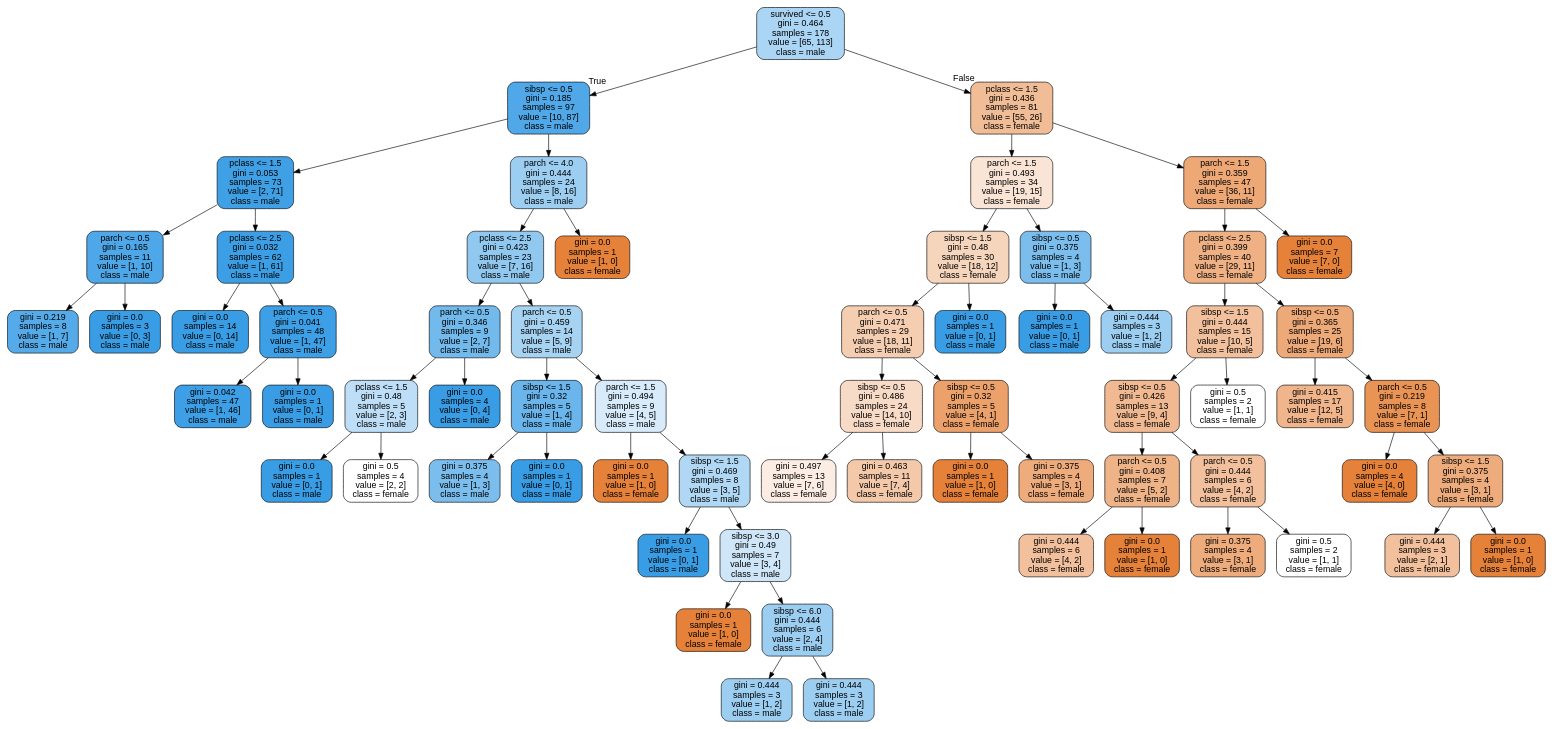
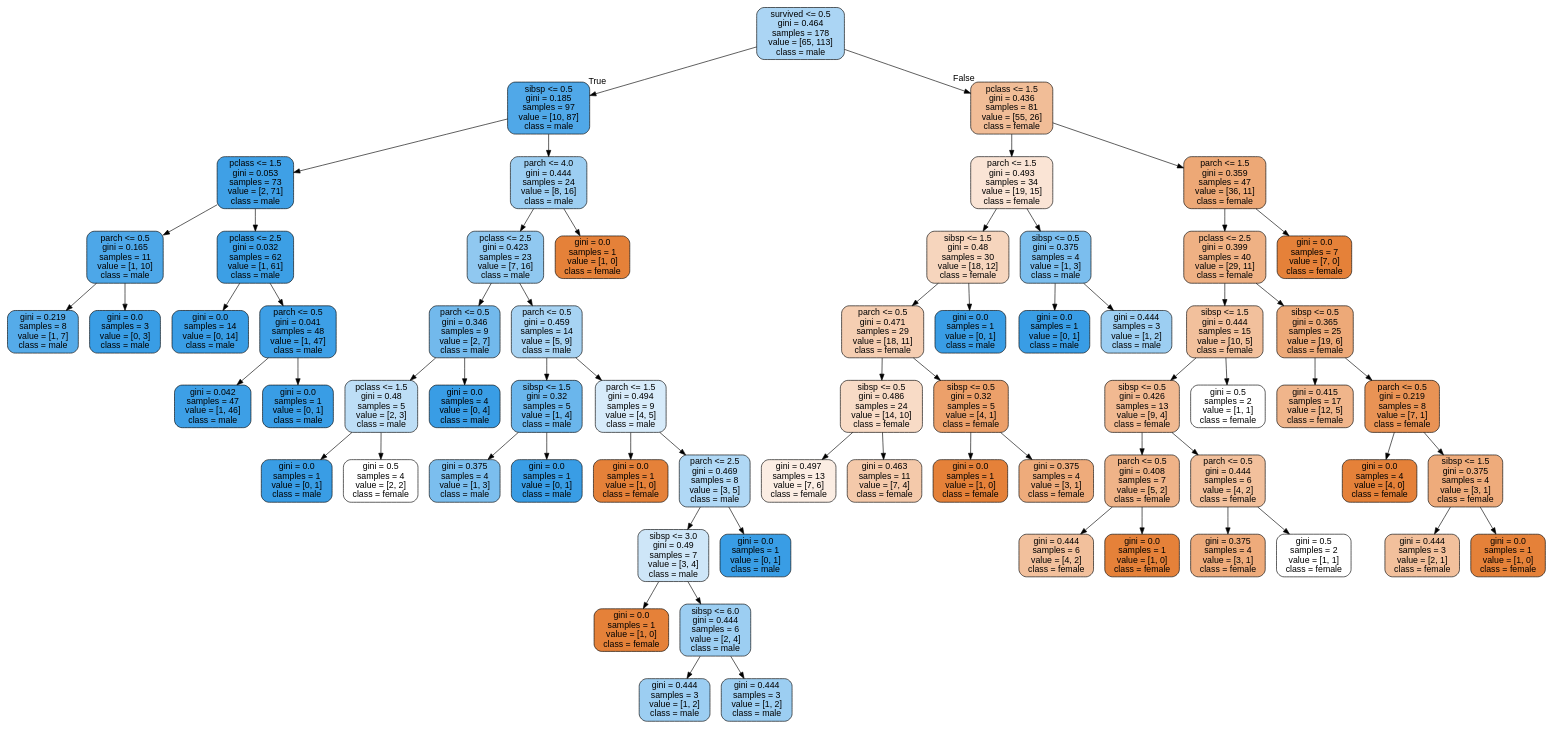
The diagram in ML again/decision_tree/titanic.dot (danishmeh/Datascience_learn_with_python), drawn with Graphviz before and after one commit. The commit also changed 5 other files, not shown here.

```diff
--- a/ML again/decision_tree/titanic.dot
+++ b/ML again/decision_tree/titanic.dot
@@ -1,133 +1,133 @@
 digraph Tree {
 node [shape=box, style="filled, rounded", color="black", fontname="helvetica"] ;
 edge [fontname="helvetica"] ;
 0 [label="survived <= 0.5\ngini = 0.464\nsamples = 178\nvalue = [65, 113]\nclass = male", fillcolor="#abd5f4"] ;
 1 [label="sibsp <= 0.5\ngini = 0.185\nsamples = 97\nvalue = [10, 87]\nclass = male", fillcolor="#50a8e8"] ;
 0 -> 1 [labeldistance=2.5, labelangle=45, headlabel="True"] ;
 2 [label="pclass <= 1.5\ngini = 0.053\nsamples = 73\nvalue = [2, 71]\nclass = male", fillcolor="#3fa0e6"] ;
 1 -> 2 ;
 3 [label="parch <= 0.5\ngini = 0.165\nsamples = 11\nvalue = [1, 10]\nclass = male", fillcolor="#4da7e8"] ;
 2 -> 3 ;
 4 [label="gini = 0.219\nsamples = 8\nvalue = [1, 7]\nclass = male", fillcolor="#55abe9"] ;
 3 -> 4 ;
 5 [label="gini = 0.0\nsamples = 3\nvalue = [0, 3]\nclass = male", fillcolor="#399de5"] ;
 3 -> 5 ;
 6 [label="pclass <= 2.5\ngini = 0.032\nsamples = 62\nvalue = [1, 61]\nclass = male", fillcolor="#3c9fe5"] ;
 2 -> 6 ;
 7 [label="gini = 0.0\nsamples = 14\nvalue = [0, 14]\nclass = male", fillcolor="#399de5"] ;
 6 -> 7 ;
 8 [label="parch <= 0.5\ngini = 0.041\nsamples = 48\nvalue = [1, 47]\nclass = male", fillcolor="#3d9fe6"] ;
 6 -> 8 ;
 9 [label="gini = 0.042\nsamples = 47\nvalue = [1, 46]\nclass = male", fillcolor="#3d9fe6"] ;
 8 -> 9 ;
 10 [label="gini = 0.0\nsamples = 1\nvalue = [0, 1]\nclass = male", fillcolor="#399de5"] ;
 8 -> 10 ;
 11 [label="parch <= 4.0\ngini = 0.444\nsamples = 24\nvalue = [8, 16]\nclass = male", fillcolor="#9ccef2"] ;
 1 -> 11 ;
 12 [label="pclass <= 2.5\ngini = 0.423\nsamples = 23\nvalue = [7, 16]\nclass = male", fillcolor="#90c8f0"] ;
 11 -> 12 ;
 13 [label="parch <= 0.5\ngini = 0.346\nsamples = 9\nvalue = [2, 7]\nclass = male", fillcolor="#72b9ec"] ;
 12 -> 13 ;
 14 [label="pclass <= 1.5\ngini = 0.48\nsamples = 5\nvalue = [2, 3]\nclass = male", fillcolor="#bddef6"] ;
 13 -> 14 ;
 15 [label="gini = 0.0\nsamples = 1\nvalue = [0, 1]\nclass = male", fillcolor="#399de5"] ;
 14 -> 15 ;
 16 [label="gini = 0.5\nsamples = 4\nvalue = [2, 2]\nclass = female", fillcolor="#ffffff"] ;
 14 -> 16 ;
 17 [label="gini = 0.0\nsamples = 4\nvalue = [0, 4]\nclass = male", fillcolor="#399de5"] ;
 13 -> 17 ;
 18 [label="parch <= 0.5\ngini = 0.459\nsamples = 14\nvalue = [5, 9]\nclass = male", fillcolor="#a7d3f3"] ;
 12 -> 18 ;
 19 [label="sibsp <= 1.5\ngini = 0.32\nsamples = 5\nvalue = [1, 4]\nclass = male", fillcolor="#6ab6ec"] ;
 18 -> 19 ;
 20 [label="gini = 0.375\nsamples = 4\nvalue = [1, 3]\nclass = male", fillcolor="#7bbeee"] ;
 19 -> 20 ;
 21 [label="gini = 0.0\nsamples = 1\nvalue = [0, 1]\nclass = male", fillcolor="#399de5"] ;
 19 -> 21 ;
 22 [label="parch <= 1.5\ngini = 0.494\nsamples = 9\nvalue = [4, 5]\nclass = male", fillcolor="#d7ebfa"] ;
 18 -> 22 ;
 23 [label="gini = 0.0\nsamples = 1\nvalue = [1, 0]\nclass = female", fillcolor="#e58139"] ;
 22 -> 23 ;
-24 [label="sibsp <= 1.5\ngini = 0.469\nsamples = 8\nvalue = [3, 5]\nclass = male", fillcolor="#b0d8f5"] ;
+24 [label="parch <= 2.5\ngini = 0.469\nsamples = 8\nvalue = [3, 5]\nclass = male", fillcolor="#b0d8f5"] ;
 22 -> 24 ;
-25 [label="gini = 0.0\nsamples = 1\nvalue = [0, 1]\nclass = male", fillcolor="#399de5"] ;
+25 [label="sibsp <= 3.0\ngini = 0.49\nsamples = 7\nvalue = [3, 4]\nclass = male", fillcolor="#cee6f8"] ;
 24 -> 25 ;
-26 [label="sibsp <= 3.0\ngini = 0.49\nsamples = 7\nvalue = [3, 4]\nclass = male", fillcolor="#cee6f8"] ;
-24 -> 26 ;
-27 [label="gini = 0.0\nsamples = 1\nvalue = [1, 0]\nclass = female", fillcolor="#e58139"] ;
-26 -> 27 ;
-28 [label="sibsp <= 6.0\ngini = 0.444\nsamples = 6\nvalue = [2, 4]\nclass = male", fillcolor="#9ccef2"] ;
-26 -> 28 ;
+26 [label="gini = 0.0\nsamples = 1\nvalue = [1, 0]\nclass = female", fillcolor="#e58139"] ;
+25 -> 26 ;
+27 [label="sibsp <= 6.0\ngini = 0.444\nsamples = 6\nvalue = [2, 4]\nclass = male", fillcolor="#9ccef2"] ;
+25 -> 27 ;
+28 [label="gini = 0.444\nsamples = 3\nvalue = [1, 2]\nclass = male", fillcolor="#9ccef2"] ;
+27 -> 28 ;
 29 [label="gini = 0.444\nsamples = 3\nvalue = [1, 2]\nclass = male", fillcolor="#9ccef2"] ;
-28 -> 29 ;
-30 [label="gini = 0.444\nsamples = 3\nvalue = [1, 2]\nclass = male", fillcolor="#9ccef2"] ;
-28 -> 30 ;
+27 -> 29 ;
+30 [label="gini = 0.0\nsamples = 1\nvalue = [0, 1]\nclass = male", fillcolor="#399de5"] ;
+24 -> 30 ;
 31 [label="gini = 0.0\nsamples = 1\nvalue = [1, 0]\nclass = female", fillcolor="#e58139"] ;
 11 -> 31 ;
 32 [label="pclass <= 1.5\ngini = 0.436\nsamples = 81\nvalue = [55, 26]\nclass = female", fillcolor="#f1bd97"] ;
 0 -> 32 [labeldistance=2.5, labelangle=-45, headlabel="False"] ;
 33 [label="parch <= 1.5\ngini = 0.493\nsamples = 34\nvalue = [19, 15]\nclass = female", fillcolor="#fae4d5"] ;
 32 -> 33 ;
 34 [label="sibsp <= 1.5\ngini = 0.48\nsamples = 30\nvalue = [18, 12]\nclass = female", fillcolor="#f6d5bd"] ;
 33 -> 34 ;
 35 [label="parch <= 0.5\ngini = 0.471\nsamples = 29\nvalue = [18, 11]\nclass = female", fillcolor="#f5ceb2"] ;
 34 -> 35 ;
 36 [label="sibsp <= 0.5\ngini = 0.486\nsamples = 24\nvalue = [14, 10]\nclass = female", fillcolor="#f8dbc6"] ;
 35 -> 36 ;
 37 [label="gini = 0.497\nsamples = 13\nvalue = [7, 6]\nclass = female", fillcolor="#fbede3"] ;
 36 -> 37 ;
 38 [label="gini = 0.463\nsamples = 11\nvalue = [7, 4]\nclass = female", fillcolor="#f4c9aa"] ;
 36 -> 38 ;
 39 [label="sibsp <= 0.5\ngini = 0.32\nsamples = 5\nvalue = [4, 1]\nclass = female", fillcolor="#eca06a"] ;
 35 -> 39 ;
 40 [label="gini = 0.0\nsamples = 1\nvalue = [1, 0]\nclass = female", fillcolor="#e58139"] ;
 39 -> 40 ;
 41 [label="gini = 0.375\nsamples = 4\nvalue = [3, 1]\nclass = female", fillcolor="#eeab7b"] ;
 39 -> 41 ;
 42 [label="gini = 0.0\nsamples = 1\nvalue = [0, 1]\nclass = male", fillcolor="#399de5"] ;
 34 -> 42 ;
 43 [label="sibsp <= 0.5\ngini = 0.375\nsamples = 4\nvalue = [1, 3]\nclass = male", fillcolor="#7bbeee"] ;
 33 -> 43 ;
 44 [label="gini = 0.0\nsamples = 1\nvalue = [0, 1]\nclass = male", fillcolor="#399de5"] ;
 43 -> 44 ;
 45 [label="gini = 0.444\nsamples = 3\nvalue = [1, 2]\nclass = male", fillcolor="#9ccef2"] ;
 43 -> 45 ;
 46 [label="parch <= 1.5\ngini = 0.359\nsamples = 47\nvalue = [36, 11]\nclass = female", fillcolor="#eda876"] ;
 32 -> 46 ;
 47 [label="pclass <= 2.5\ngini = 0.399\nsamples = 40\nvalue = [29, 11]\nclass = female", fillcolor="#efb184"] ;
 46 -> 47 ;
 48 [label="sibsp <= 1.5\ngini = 0.444\nsamples = 15\nvalue = [10, 5]\nclass = female", fillcolor="#f2c09c"] ;
 47 -> 48 ;
 49 [label="sibsp <= 0.5\ngini = 0.426\nsamples = 13\nvalue = [9, 4]\nclass = female", fillcolor="#f1b991"] ;
 48 -> 49 ;
 50 [label="parch <= 0.5\ngini = 0.408\nsamples = 7\nvalue = [5, 2]\nclass = female", fillcolor="#efb388"] ;
 49 -> 50 ;
 51 [label="gini = 0.444\nsamples = 6\nvalue = [4, 2]\nclass = female", fillcolor="#f2c09c"] ;
 50 -> 51 ;
 52 [label="gini = 0.0\nsamples = 1\nvalue = [1, 0]\nclass = female", fillcolor="#e58139"] ;
 50 -> 52 ;
 53 [label="parch <= 0.5\ngini = 0.444\nsamples = 6\nvalue = [4, 2]\nclass = female", fillcolor="#f2c09c"] ;
 49 -> 53 ;
 54 [label="gini = 0.375\nsamples = 4\nvalue = [3, 1]\nclass = female", fillcolor="#eeab7b"] ;
 53 -> 54 ;
 55 [label="gini = 0.5\nsamples = 2\nvalue = [1, 1]\nclass = female", fillcolor="#ffffff"] ;
 53 -> 55 ;
 56 [label="gini = 0.5\nsamples = 2\nvalue = [1, 1]\nclass = female", fillcolor="#ffffff"] ;
 48 -> 56 ;
 57 [label="sibsp <= 0.5\ngini = 0.365\nsamples = 25\nvalue = [19, 6]\nclass = female", fillcolor="#eda978"] ;
 47 -> 57 ;
 58 [label="gini = 0.415\nsamples = 17\nvalue = [12, 5]\nclass = female", fillcolor="#f0b58b"] ;
 57 -> 58 ;
 59 [label="parch <= 0.5\ngini = 0.219\nsamples = 8\nvalue = [7, 1]\nclass = female", fillcolor="#e99355"] ;
 57 -> 59 ;
 60 [label="gini = 0.0\nsamples = 4\nvalue = [4, 0]\nclass = female", fillcolor="#e58139"] ;
 59 -> 60 ;
 61 [label="sibsp <= 1.5\ngini = 0.375\nsamples = 4\nvalue = [3, 1]\nclass = female", fillcolor="#eeab7b"] ;
 59 -> 61 ;
 62 [label="gini = 0.444\nsamples = 3\nvalue = [2, 1]\nclass = female", fillcolor="#f2c09c"] ;
 61 -> 62 ;
 63 [label="gini = 0.0\nsamples = 1\nvalue = [1, 0]\nclass = female", fillcolor="#e58139"] ;
 61 -> 63 ;
 64 [label="gini = 0.0\nsamples = 7\nvalue = [7, 0]\nclass = female", fillcolor="#e58139"] ;
 46 -> 64 ;
 }
```
